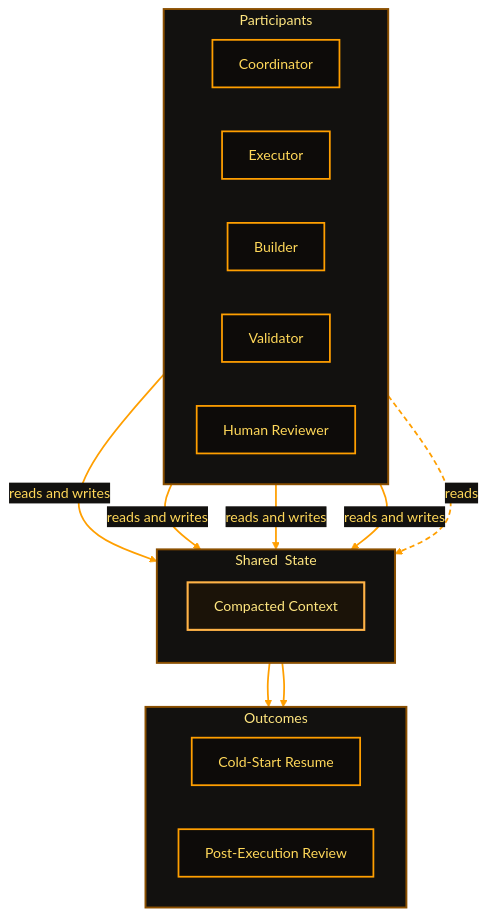
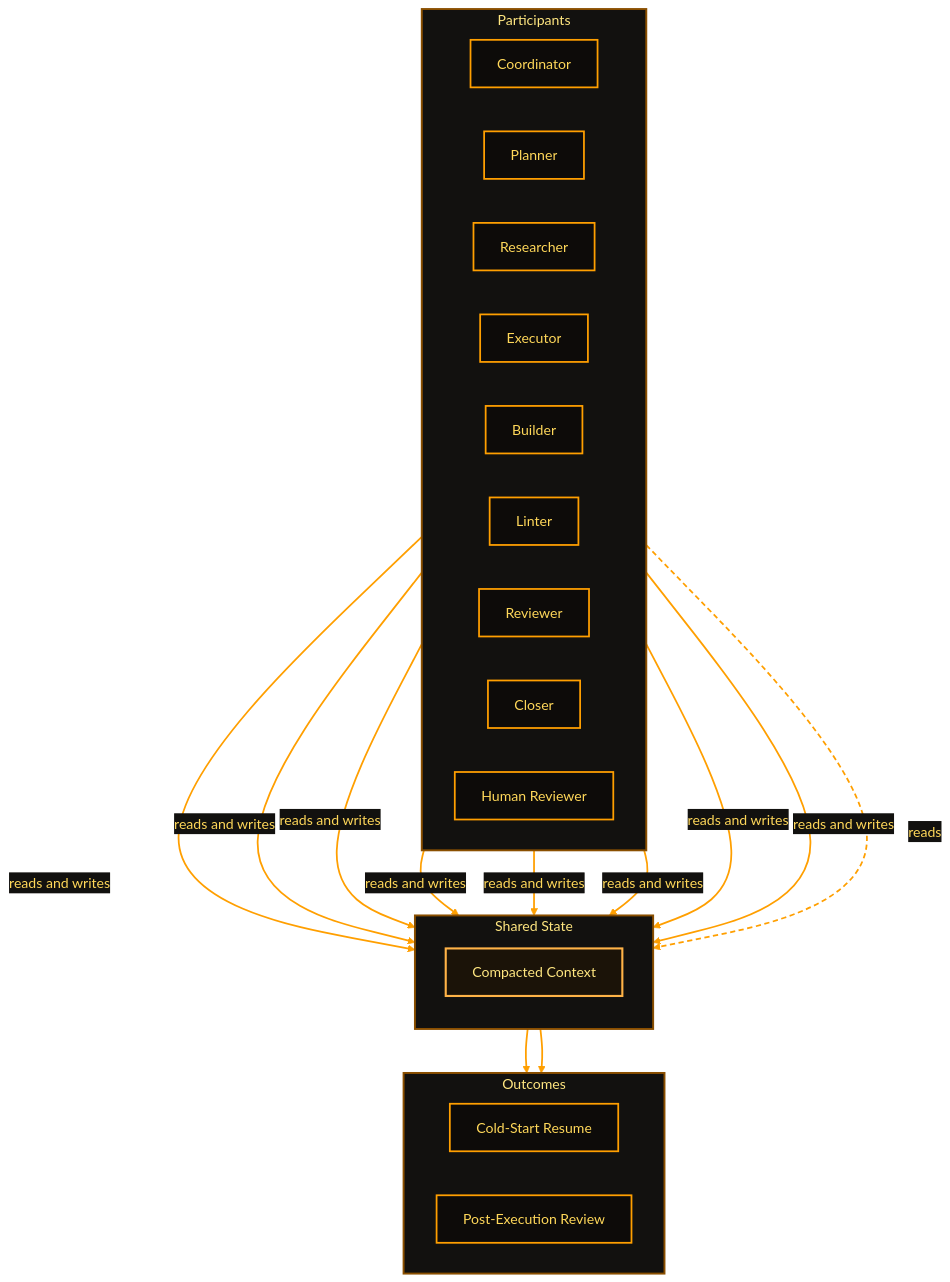
Before and after one commit to servatusprime/ai_ops: the fourth of 5 diagrams in HUMANS.md, drawn with Mermaid. The commit also changed other lines of this file and 82 other files, not shown here.

````diff
--- a/HUMANS.md
+++ b/HUMANS.md
@@ -362,56 +365,64 @@
 ```mermaid
 %%{init: {'theme':'base','themeVariables': {
   'darkMode': true,
   'background': '#111111',
   'primaryColor': '#0d0b09',
   'primaryTextColor': '#FFD85A',
   'primaryBorderColor': '#FF9F00',
   'lineColor': '#FF9F00',
   'textColor': '#FFD85A',
   'mainBkg': '#0d0b09',
   'clusterBkg': '#12110f',
   'clusterBorder': '#8A4F00',
   'titleColor': '#FFE680',
   'edgeLabelBackground':'#12110f'
 }, 'themeCSS': '.edgeLabel rect, .labelBkg { fill: #12110f !important; } .edgeLabel text, .edgeLabel span { fill: #FFD85A !important; color: #FFD85A !important; }'}}%%
 flowchart TB
   subgraph actors ["Participants"]
     direction LR
     CO[Coordinator]
+    PL[Planner]
+    RE[Researcher]
     EX[Executor]
     BL[Builder]
-    VA[Validator]
+    LI[Linter]
+    RV[Reviewer]
+    CL[Closer]
     HR[Human Reviewer]
   end
 
-  subgraph state ["Shared State"]
+  subgraph state ["Shared State"]
     direction TB
     CC[Compacted Context]
   end
 
   subgraph outcomes ["Outcomes"]
     direction LR
     RS[Cold-Start Resume]
     PER[Post-Execution Review]
   end
 
   CO -- "reads and writes" --> CC
+  PL -- "reads and writes" --> CC
+  RE -- "reads and writes" --> CC
   EX -- "reads and writes" --> CC
   BL -- "reads and writes" --> CC
-  VA -- "reads and writes" --> CC
+  LI -- "reads and writes" --> CC
+  RV -- "reads and writes" --> CC
+  CL -- "reads and writes" --> CC
   HR -. "reads" .-> CC
 
   CC --> RS
   CC --> PER
 
   classDef tier fill:#12110f,stroke:#8A4F00,color:#FFE680,stroke-width:2.2px
   classDef node fill:#0d0b09,stroke:#FF9F00,color:#FFD85A,stroke-width:2px
   classDef core fill:#1b1308,stroke:#FFB347,color:#FFE680,stroke-width:2.4px
 
   class actors,state,outcomes tier
-  class CO,EX,BL,VA,HR,RS,PER node
+  class CO,PL,RE,EX,BL,LI,RV,CL,HR,RS,PER node
   class CC core
 
   linkStyle default stroke:#FF9F00,stroke-width:2px,color:#FFD85A
-  linkStyle 4 stroke:#FF9F00,stroke-width:2px,color:#FFD85A,stroke-dasharray:6 4
+  linkStyle 8 stroke:#FF9F00,stroke-width:2px,color:#FFD85A,stroke-dasharray:6 4
 ```
````
